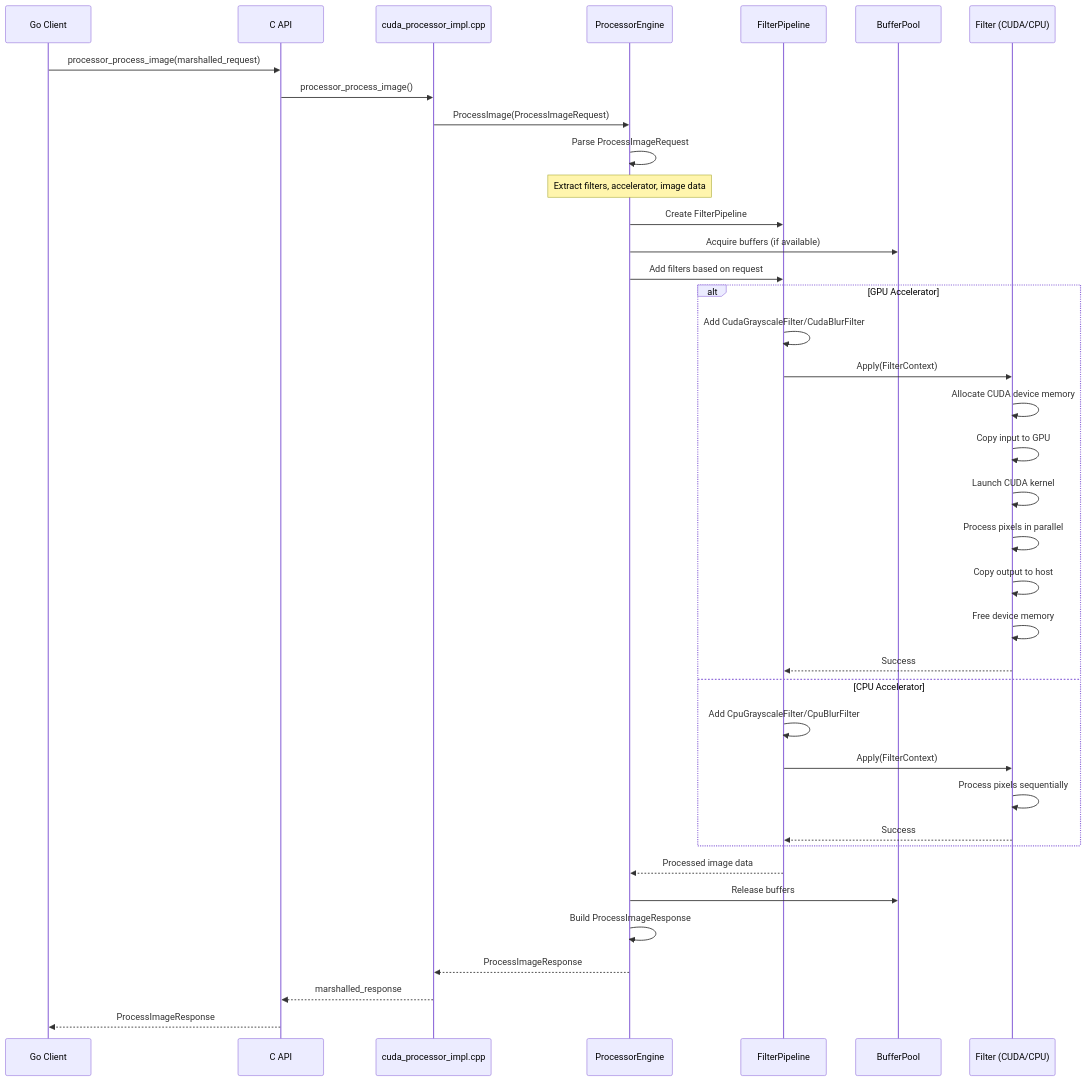
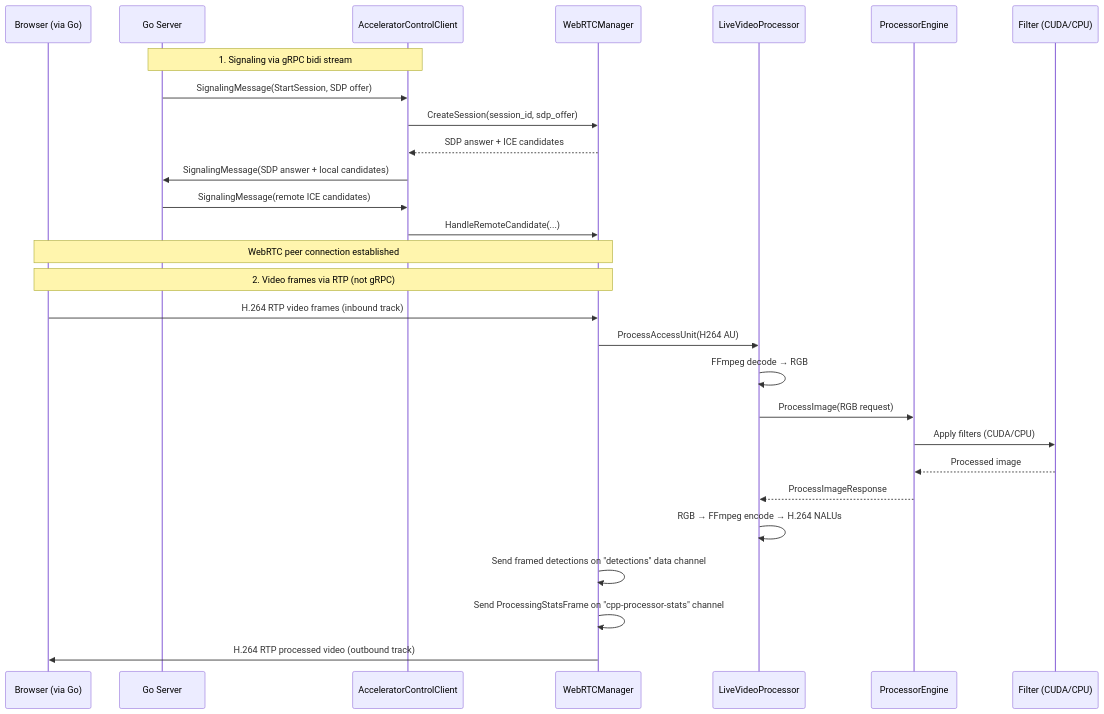
One commit to josnelihurt/learning-cuda changed the fourth of 6 diagrams in src/cpp_accelerator/README.md. Above: the diagram before and after it, drawn with Mermaid. The commit also changed other lines of this file and 199 other files, not shown here.

````diff
--- a/src/cpp_accelerator/README.md
+++ b/src/cpp_accelerator/README.md
@@ -232,45 +203,32 @@
 ```mermaid
 sequenceDiagram
-    participant GoClient as Go Client
-    participant CAPI as C API
-    participant Impl as cuda_processor_impl.cpp
+    participant Browser as Browser (via Go)
+    participant Go as Go Server
+    participant Client as AcceleratorControlClient
+    participant WRTC as WebRTCManager
+    participant LVP as LiveVideoProcessor
     participant Engine as ProcessorEngine
-    participant Pipeline as FilterPipeline
-    participant BufferPool as BufferPool
     participant Filter as Filter (CUDA/CPU)
-    
-    GoClient->>CAPI: processor_process_image(marshalled_request)
-    CAPI->>Impl: processor_process_image()
-    Impl->>Engine: ProcessImage(ProcessImageRequest)
-    
-    Engine->>Engine: Parse ProcessImageRequest
-    Note over Engine: Extract filters, accelerator, image data
-    
-    Engine->>Pipeline: Create FilterPipeline
-    Engine->>BufferPool: Acquire buffers (if available)
-    Engine->>Pipeline: Add filters based on request
-    
-    alt GPU Accelerator
-        Pipeline->>Pipeline: Add CudaGrayscaleFilter/CudaBlurFilter
-        Pipeline->>Filter: Apply(FilterContext)
-        Filter->>Filter: Allocate CUDA device memory
-        Filter->>Filter: Copy input to GPU
-        Filter->>Filter: Launch CUDA kernel
-        Filter->>Filter: Process pixels in parallel
-        Filter->>Filter: Copy output to host
-        Filter->>Filter: Free device memory
-        Filter-->>Pipeline: Success
-    else CPU Accelerator
-        Pipeline->>Pipeline: Add CpuGrayscaleFilter/CpuBlurFilter
-        Pipeline->>Filter: Apply(FilterContext)
-        Filter->>Filter: Process pixels sequentially
-        Filter-->>Pipeline: Success
-    end
-    
-    Pipeline-->>Engine: Processed image data
-    Engine->>BufferPool: Release buffers
-    Engine->>Engine: Build ProcessImageResponse
-    Engine-->>Impl: ProcessImageResponse
-    Impl-->>CAPI: marshalled_response
-    CAPI-->>GoClient: ProcessImageResponse
+
+    Note over Go,Client: 1. Signaling via gRPC bidi stream
+    Go->>Client: SignalingMessage(StartSession, SDP offer)
+    Client->>WRTC: CreateSession(session_id, sdp_offer)
+    WRTC-->>Client: SDP answer + ICE candidates
+    Client->>Go: SignalingMessage(SDP answer + local candidates)
+    Go->>Client: SignalingMessage(remote ICE candidates)
+    Client->>WRTC: HandleRemoteCandidate(...)
+    Note over Browser,WRTC: WebRTC peer connection established
+
+    Note over Browser,WRTC: 2. Video frames via RTP (not gRPC)
+    Browser->>WRTC: H.264 RTP video frames (inbound track)
+    WRTC->>LVP: ProcessAccessUnit(H264 AU)
+    LVP->>LVP: FFmpeg decode → RGB
+    LVP->>Engine: ProcessImage(RGB request)
+    Engine->>Filter: Apply filters (CUDA/CPU)
+    Filter-->>Engine: Processed image
+    Engine-->>LVP: ProcessImageResponse
+    LVP->>LVP: RGB → FFmpeg encode → H.264 NALUs
+    WRTC->>WRTC: Send framed detections on "detections" data channel
+    WRTC->>WRTC: Send ProcessingStatsFrame on "cpp-processor-stats" channel
+    WRTC->>Browser: H.264 RTP processed video (outbound track)
 ```
````
